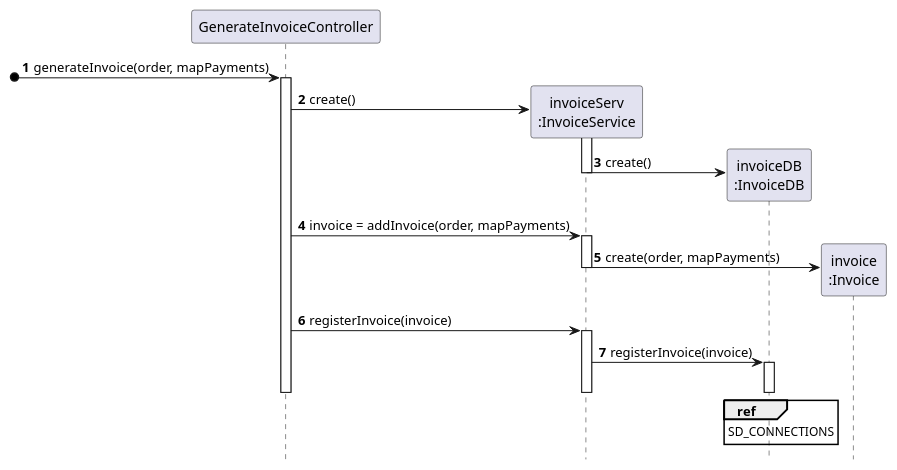
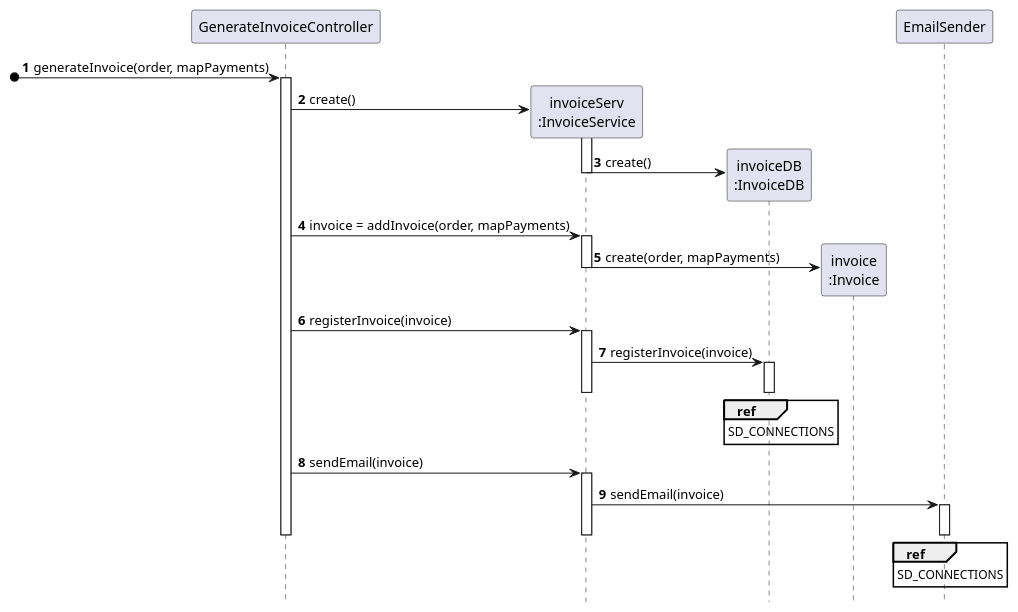
One commit to tiagoavcosta25/LAPR3 changed the diagram in docs/Iteration 2/Make An Order/Refinement/US26_GenerateInvoice/US26_SD.puml. Above: the diagram before and after it, drawn with PlantUML. The commit also changed 32 other files, not shown here.

```diff
--- a/docs/Iteration 2/Make An Order/Refinement/US26_GenerateInvoice/US26_SD.puml
+++ b/docs/Iteration 2/Make An Order/Refinement/US26_GenerateInvoice/US26_SD.puml
@@ -1,35 +1,45 @@
 @startuml
 autonumber
 hide footbox
 
 participant "GenerateInvoiceController" as CTRL
 participant "invoiceServ\n:InvoiceService" as IS
 participant "invoiceDB\n:InvoiceDB" as IDB
 participant "invoice\n:Invoice" as I
-
+participant "EmailSender" as E
 
 [o-> CTRL : generateInvoice(order, mapPayments)
 activate CTRL
 
 CTRL -> IS** : create()
 activate IS
 IS -> IDB** : create()
 deactivate IS
 
 CTRL -> IS : invoice = addInvoice(order, mapPayments)
 activate IS
 IS -> I** : create(order, mapPayments)
 deactivate IS
 
 CTRL -> IS : registerInvoice(invoice)
 activate IS
 IS -> IDB : registerInvoice(invoice)
 activate IDB
 ref over IDB
 SD_CONNECTIONS
 end ref
 deactivate IDB
 deactivate IS
+
+CTRL -> IS : sendEmail(invoice)
+activate IS
+IS -> E : sendEmail(invoice)
+activate E
+ref over E
+SD_CONNECTIONS
+end ref
+deactivate E
+deactivate IS
 deactivate CTRL
 
 @enduml
```
